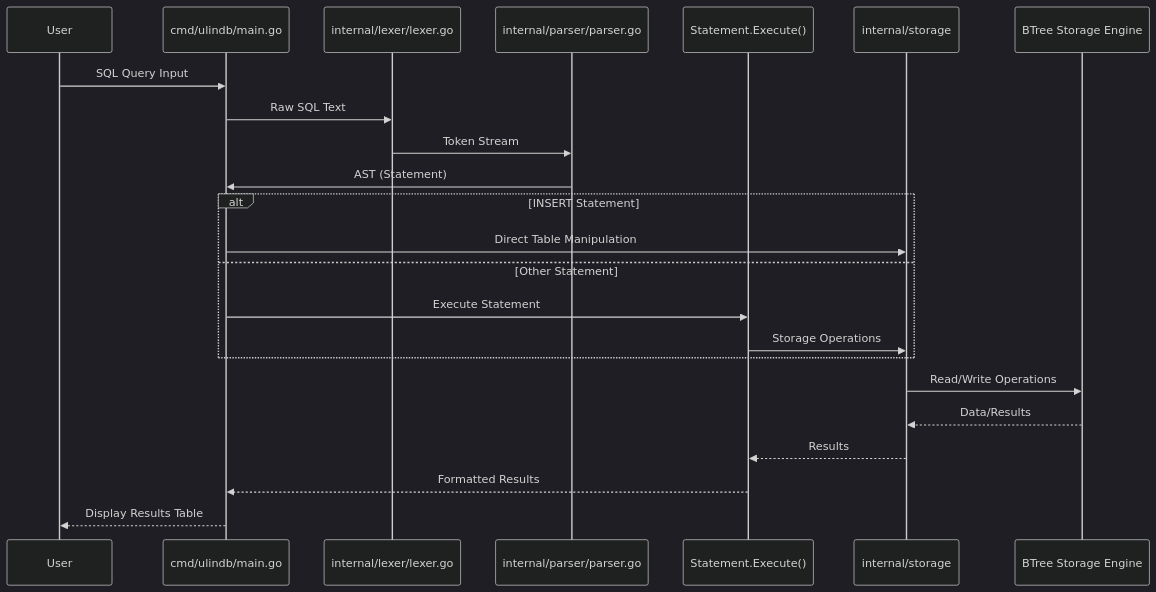
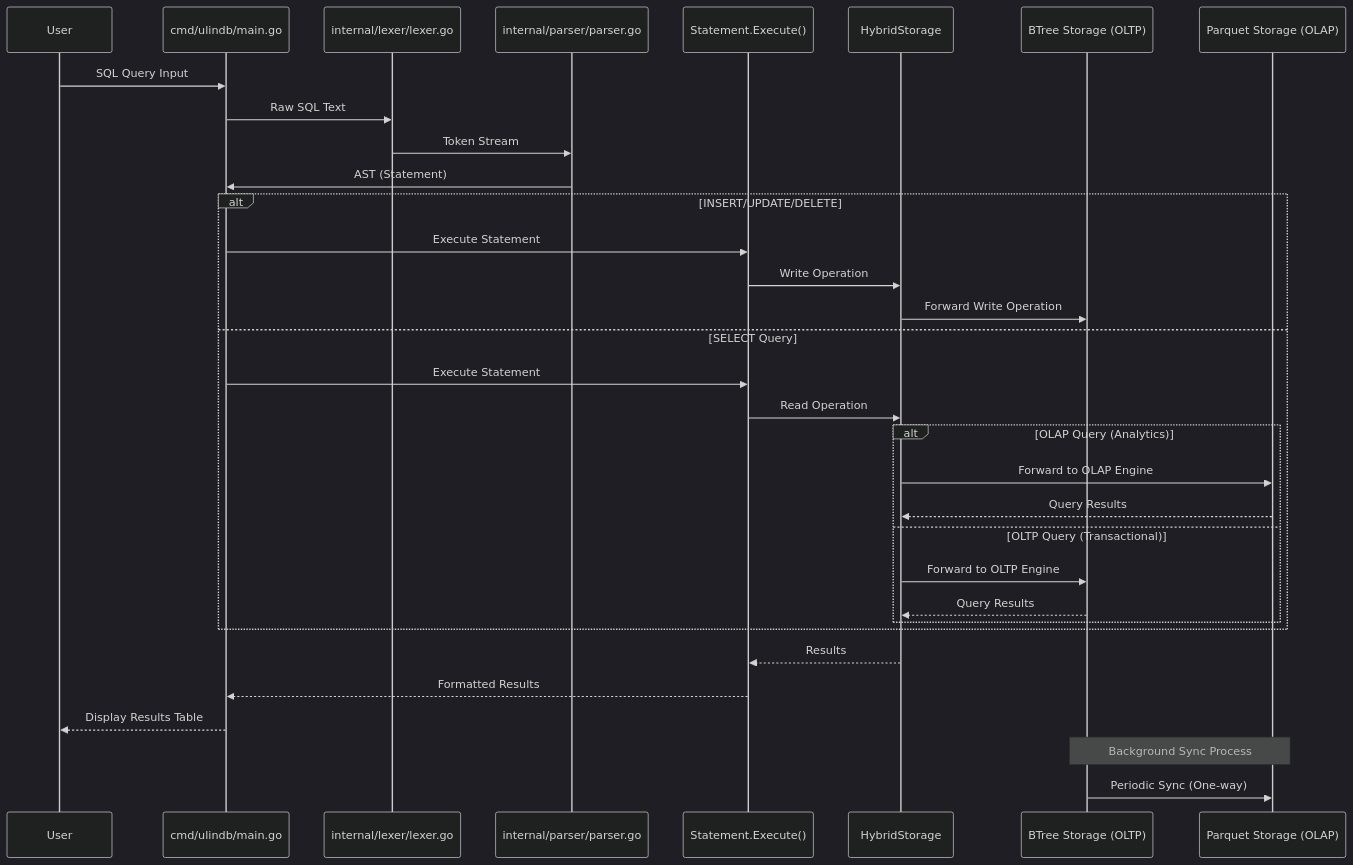
The second of 3 diagrams in README.md (zakazai/ulindb), drawn with Mermaid (dark theme) before and after one commit. The commit also changed other lines of this file and 11 other files, not shown here.

First line of the commit message:
claude: feat: add hybrid storage with Parquet for OLAP queries

````diff
--- a/README.md
+++ b/README.md
@@ -53,28 +63,40 @@
 ```mermaid
 sequenceDiagram
     participant User
     participant Main as cmd/ulindb/main.go
     participant Lexer as internal/lexer/lexer.go
     participant Parser as internal/parser/parser.go
     participant Statement as Statement.Execute()
-    participant Storage as internal/storage
-    participant BTree as BTree Storage Engine
+    participant Hybrid as HybridStorage
+    participant BTree as BTree Storage (OLTP)
+    participant Parquet as Parquet Storage (OLAP)
     
     User->>Main: SQL Query Input
     Main->>Lexer: Raw SQL Text
     Lexer->>Parser: Token Stream
     Parser->>Main: AST (Statement)
     
-    alt INSERT Statement
-        Main->>Storage: Direct Table Manipulation
-    else Other Statement
+    alt INSERT/UPDATE/DELETE
         Main->>Statement: Execute Statement
-        Statement->>Storage: Storage Operations
+        Statement->>Hybrid: Write Operation
+        Hybrid->>BTree: Forward Write Operation
+    else SELECT Query
+        Main->>Statement: Execute Statement
+        Statement->>Hybrid: Read Operation
+        
+        alt OLAP Query (Analytics)
+            Hybrid->>Parquet: Forward to OLAP Engine
+            Parquet-->>Hybrid: Query Results
+        else OLTP Query (Transactional)
+            Hybrid->>BTree: Forward to OLTP Engine
+            BTree-->>Hybrid: Query Results
+        end
     end
     
-    Storage->>BTree: Read/Write Operations
-    BTree-->>Storage: Data/Results
-    Storage-->>Statement: Results
+    Hybrid-->>Statement: Results
     Statement-->>Main: Formatted Results
     Main-->>User: Display Results Table
+    
+    note over BTree,Parquet: Background Sync Process
+    BTree->>Parquet: Periodic Sync (One-way)
 ```
````
